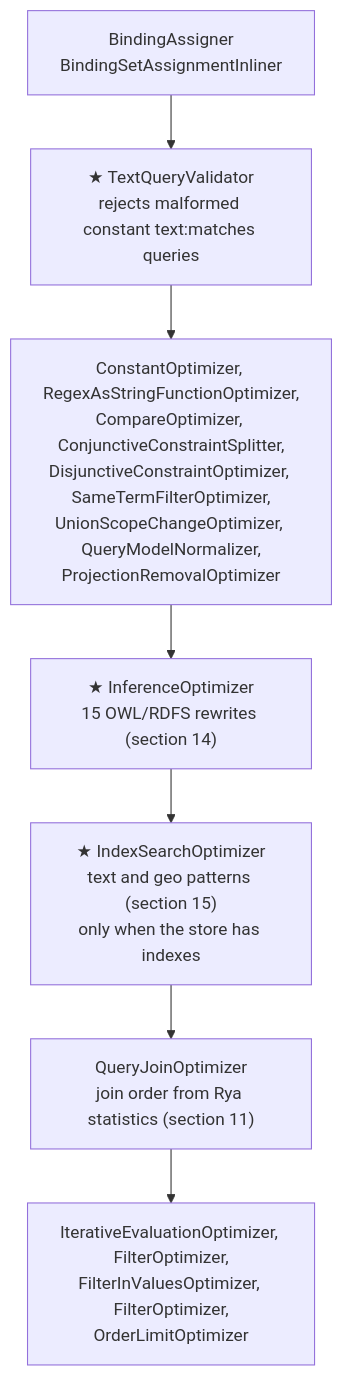
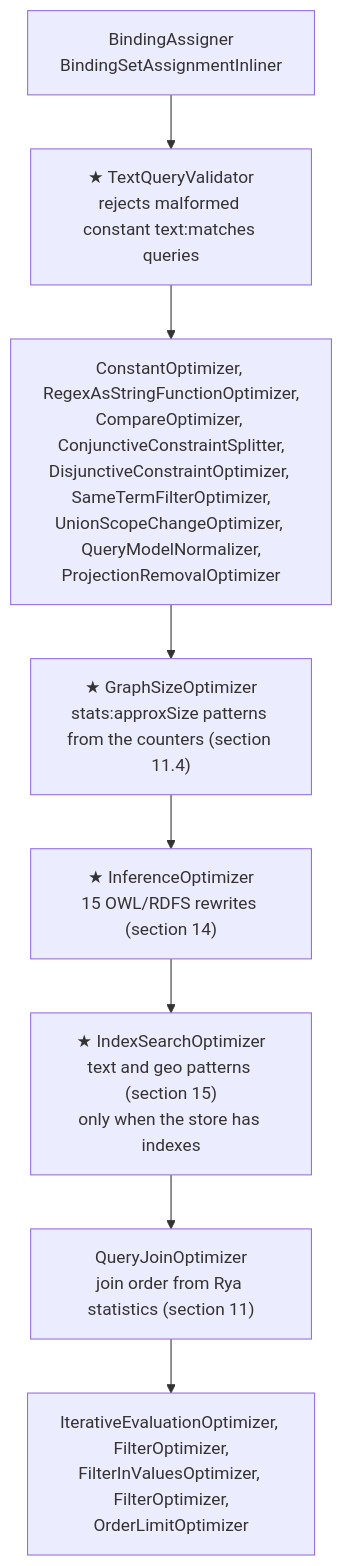
Diagram 12 of 20 in ARCH.md (dgreco/rya-ng), drawn with Mermaid before and after one commit. The commit also changed other lines of this file and 18 other files, not shown here.

First line of the commit message:
Add approximate graph sizes and a per-request query timeout

````diff
--- a/ARCH.md
+++ b/ARCH.md
@@ -838,9 +873,10 @@
 ```mermaid
 flowchart TD
     o1["BindingAssigner<br/>BindingSetAssignmentInliner"] --> o2["★ TextQueryValidator<br/>rejects malformed constant text:matches queries"]
     o2 --> o3["ConstantOptimizer, RegexAsStringFunctionOptimizer,<br/>CompareOptimizer, ConjunctiveConstraintSplitter,<br/>DisjunctiveConstraintOptimizer, SameTermFilterOptimizer,<br/>UnionScopeChangeOptimizer, QueryModelNormalizer,<br/>ProjectionRemovalOptimizer"]
-    o3 --> o4["★ InferenceOptimizer<br/>15 OWL/RDFS rewrites (section 14)"]
+    o3 --> o3b["★ GraphSizeOptimizer<br/>stats:approxSize patterns from the counters (section 11.4)"]
+    o3b --> o4["★ InferenceOptimizer<br/>15 OWL/RDFS rewrites (section 14)"]
     o4 --> o5["★ IndexSearchOptimizer<br/>text and geo patterns (section 15)<br/>only when the store has indexes"]
     o5 --> o6["QueryJoinOptimizer<br/>join order from Rya statistics (section 11)"]
     o6 --> o7["IterativeEvaluationOptimizer, FilterOptimizer,<br/>FilterInValuesOptimizer, FilterOptimizer,<br/>OrderLimitOptimizer"]
 ```
````
